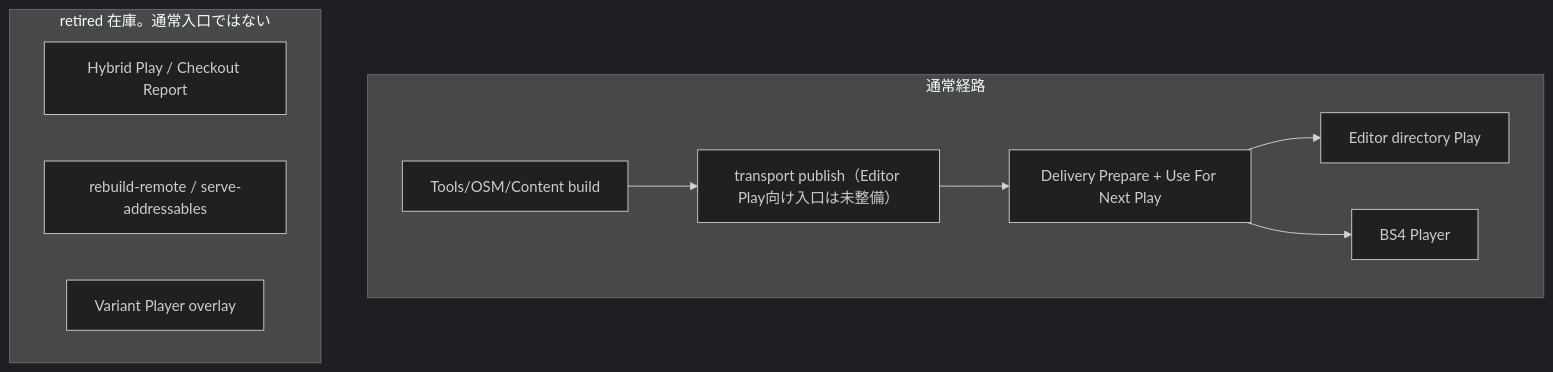
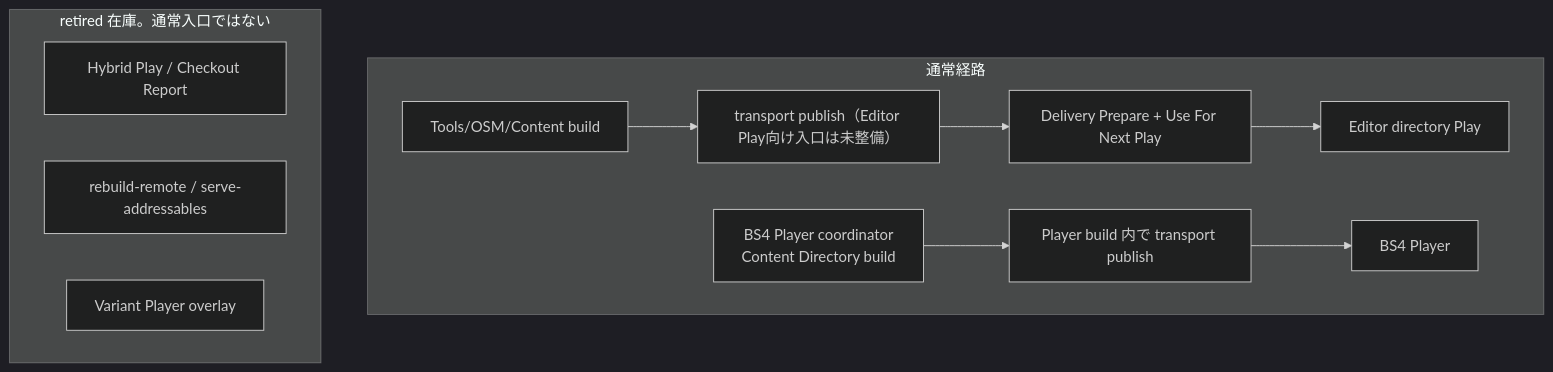
Before and after one commit to TetsujiAoyagi/SampleGameForOneStarMakerFramework: the diagram in unity/Assets/Docs/Architecture/20-variant-checkout-workflow.md, drawn with Mermaid (dark theme). The commit also changed other lines of this file and 1 other file, not shown here.

Commit message:
docs: separate Editor delivery from BS4 Player build

````diff
--- a/unity/Assets/Docs/Architecture/20-variant-checkout-workflow.md
+++ b/unity/Assets/Docs/Architecture/20-variant-checkout-workflow.md
@@ -58,19 +58,21 @@
 ```mermaid
 flowchart TB
     subgraph usual ["通常経路"]
         contentBuild["Tools/OSM/Content build"]
         publish["transport publish（Editor Play向け入口は未整備）"]
         delivery["Delivery Prepare + Use For Next Play"]
         dirPlay["Editor directory Play"]
-        bs4["BS4 Player"]
         contentBuild --> publish --> delivery
         delivery --> dirPlay
-        delivery --> bs4
+        bs4Build["BS4 Player coordinator<br/>Content Directory build"]
+        bs4Publish["Player build 内で transport publish"]
+        bs4["BS4 Player"]
+        bs4Build --> bs4Publish --> bs4
     end
 
     subgraph retired ["retired 在庫。通常入口ではない"]
         hybrid["Hybrid Play / Checkout Report"]
         remote["rebuild-remote / serve-addressables"]
         overlay["Variant Player overlay"]
     end
 ```
````
